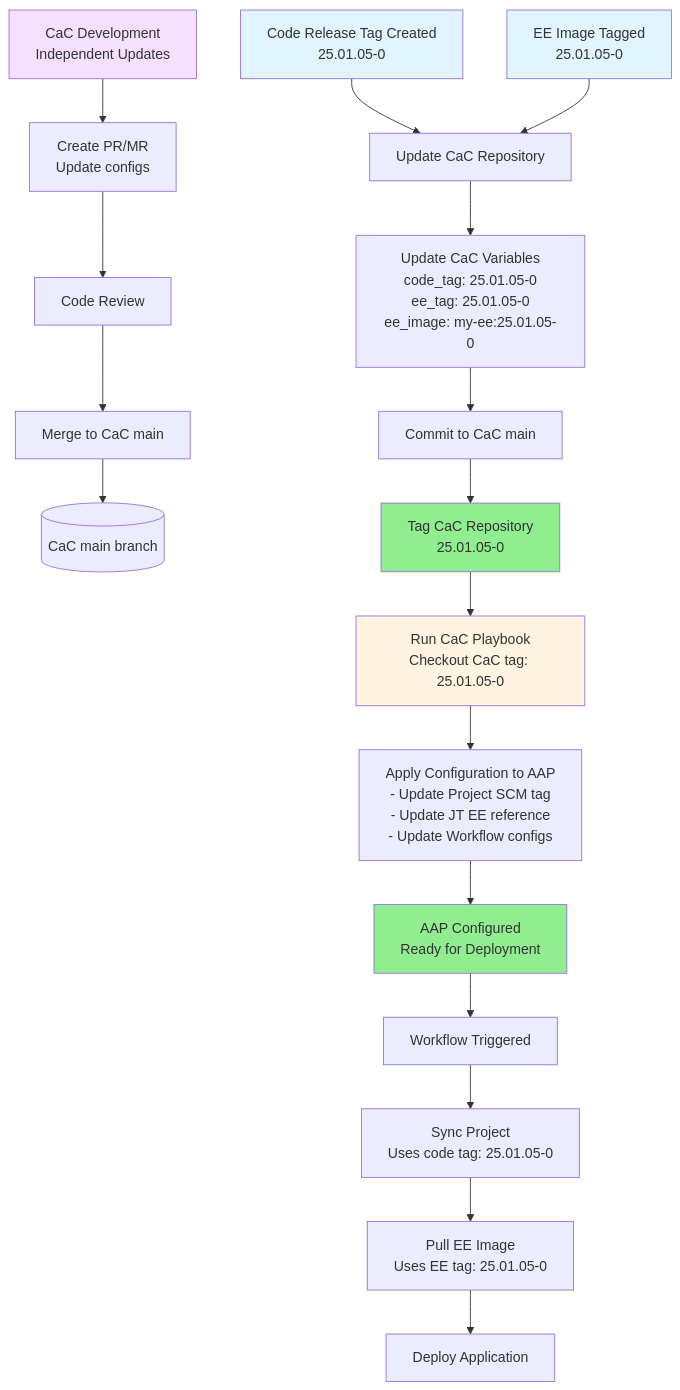
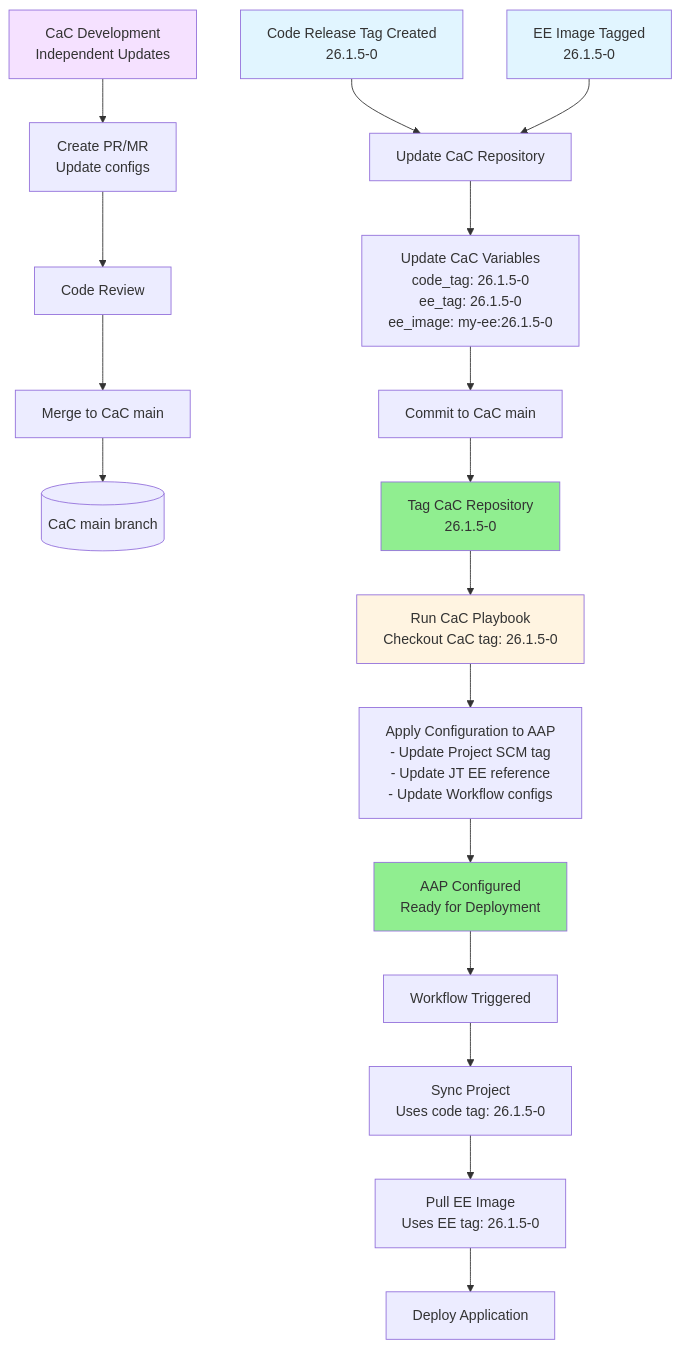
One commit to djdanielsson/rh1-docs changed the fourth of 4 diagrams in docs/diagrams/WORKFLOW-DIAGRAMS.md. Above: the diagram before and after it, drawn with Mermaid. The commit also changed other lines of this file and 15 other files, not shown here.

````diff
--- a/docs/diagrams/WORKFLOW-DIAGRAMS.md
+++ b/docs/diagrams/WORKFLOW-DIAGRAMS.md
@@ -347,31 +347,31 @@
 ```mermaid
 flowchart TD
     CaCDev[CaC Development<br/>Independent Updates] --> CaCPR[Create PR/MR<br/>Update configs]
     CaCPR --> CaCReview[Code Review]
     CaCReview --> CaCMerge[Merge to CaC main]
     CaCMerge --> CaCMain[(CaC main branch)]
 
-    CodeRelease[Code Release Tag Created<br/>25.01.05-0] --> UpdateCaC[Update CaC Repository]
-    EERelease[EE Image Tagged<br/>25.01.05-0] --> UpdateCaC
+    CodeRelease[Code Release Tag Created<br/>26.1.5-0] --> UpdateCaC[Update CaC Repository]
+    EERelease[EE Image Tagged<br/>26.1.5-0] --> UpdateCaC
 
-    UpdateCaC --> CaCUpdate[Update CaC Variables<br/>code_tag: 25.01.05-0<br/>ee_tag: 25.01.05-0<br/>ee_image: my-ee:25.01.05-0]
+    UpdateCaC --> CaCUpdate[Update CaC Variables<br/>code_tag: 26.1.5-0<br/>ee_tag: 26.1.5-0<br/>ee_image: my-ee:26.1.5-0]
     CaCUpdate --> CaCCommit[Commit to CaC main]
-    CaCCommit --> CaCTag[Tag CaC Repository<br/>25.01.05-0]
+    CaCCommit --> CaCTag[Tag CaC Repository<br/>26.1.5-0]
 
-    CaCTag --> CaCApply[Run CaC Playbook<br/>Checkout CaC tag: 25.01.05-0]
+    CaCTag --> CaCApply[Run CaC Playbook<br/>Checkout CaC tag: 26.1.5-0]
     CaCApply --> CaCConfig[Apply Configuration to AAP<br/>- Update Project SCM tag<br/>- Update JT EE reference<br/>- Update Workflow configs]
 
     CaCConfig --> AAPReady[AAP Configured<br/>Ready for Deployment]
 
     AAPReady --> WFTrigger[Workflow Triggered]
-    WFTrigger --> WFSync[Sync Project<br/>Uses code tag: 25.01.05-0]
-    WFSync --> WFEE[Pull EE Image<br/>Uses EE tag: 25.01.05-0]
+    WFTrigger --> WFSync[Sync Project<br/>Uses code tag: 26.1.5-0]
+    WFSync --> WFEE[Pull EE Image<br/>Uses EE tag: 26.1.5-0]
     WFEE --> WFDeploy[Deploy Application]
 
     style CaCDev fill:#f5e1ff
     style CodeRelease fill:#e1f5ff
     style EERelease fill:#e1f5ff
     style CaCTag fill:#90EE90
     style CaCApply fill:#fff4e1
     style AAPReady fill:#90EE90
 ```
````
